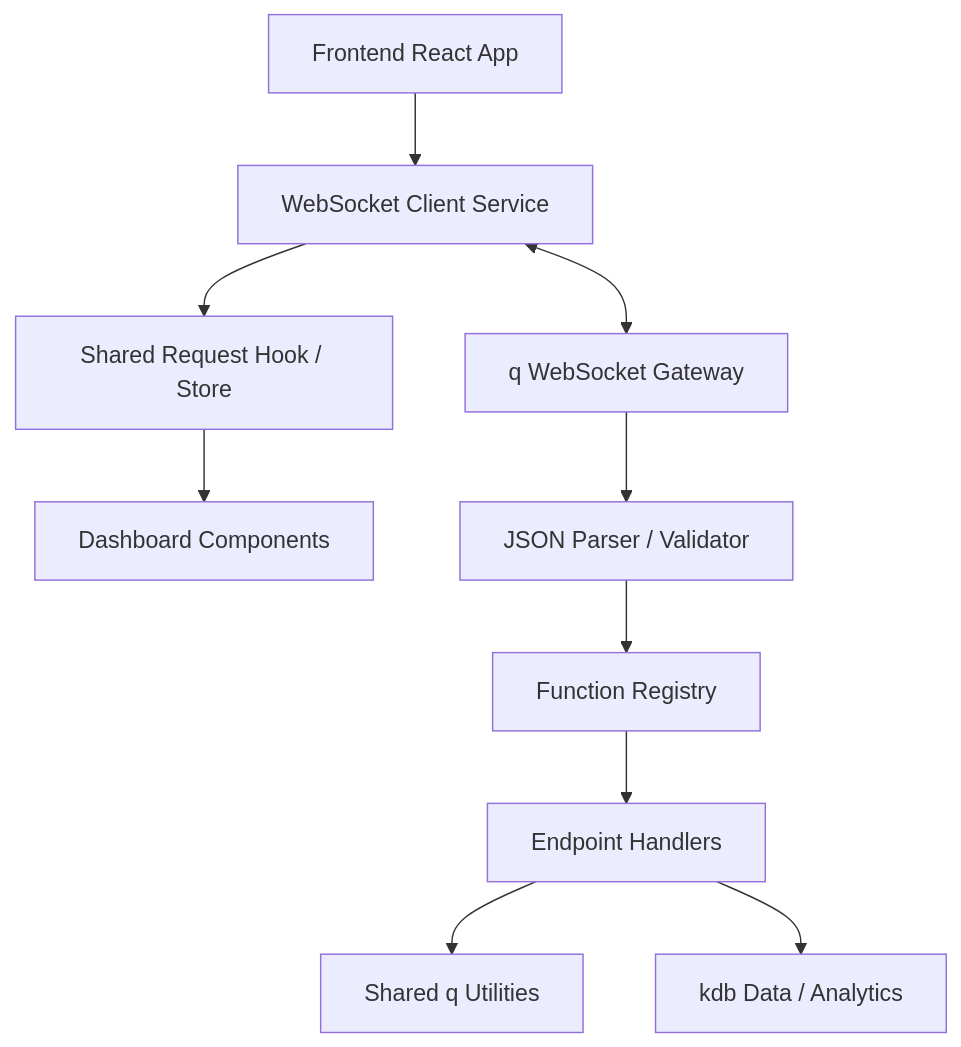
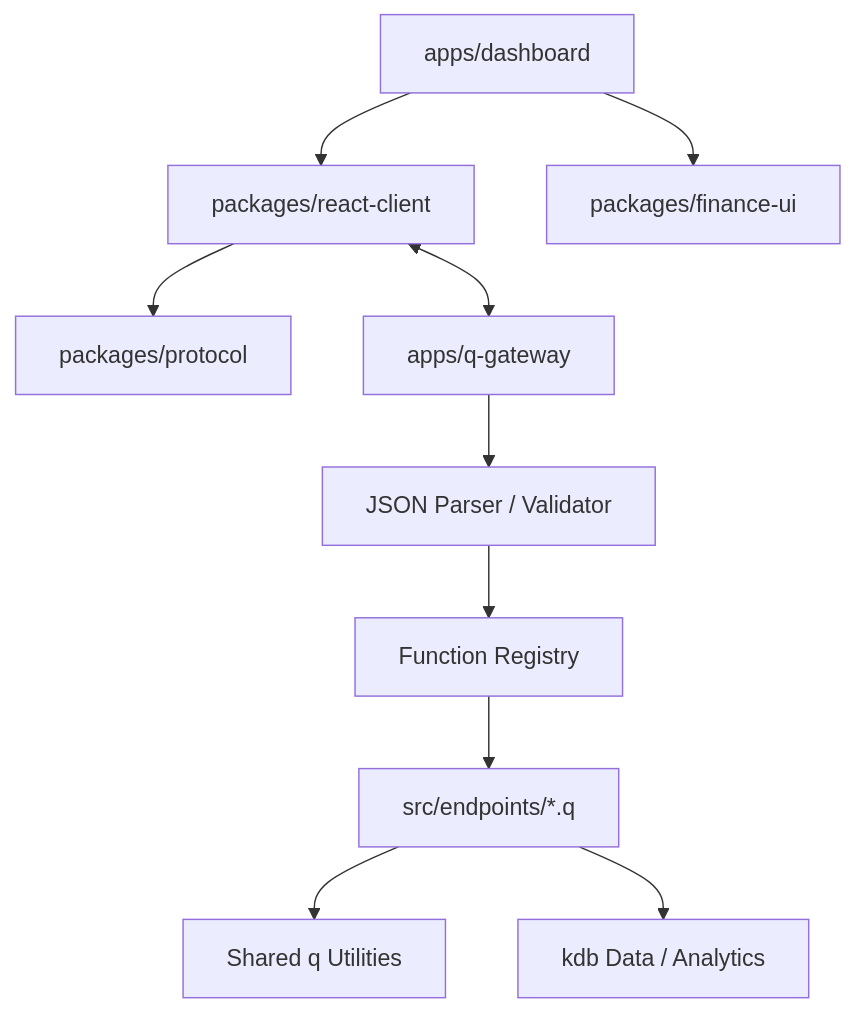
Before and after one commit to Deonatan/kdb-dashboard-library: the first of 2 diagrams in docs/architecture.md, drawn with Mermaid. The commit also changed other lines of this file and 12 other files, not shown here.

````diff
--- a/docs/architecture.md
+++ b/docs/architecture.md
@@ -15,13 +16,13 @@
 ```mermaid
 flowchart TD
-    A["Frontend React App"] --> B["WebSocket Client Service"]
-    B --> C["Shared Request Hook / Store"]
-    C --> D["Dashboard Components"]
+    A["apps/dashboard"] --> B["packages/react-client"]
+    B --> C["packages/protocol"]
+    A --> D["packages/finance-ui"]
 
-    B <--> E["q WebSocket Gateway"]
+    B <--> E["apps/q-gateway"]
     E --> F["JSON Parser / Validator"]
     F --> G["Function Registry"]
-    G --> H["Endpoint Handlers"]
+    G --> H["src/endpoints/*.q"]
     H --> I["Shared q Utilities"]
     H --> J["kdb Data / Analytics"]
 ```
````
